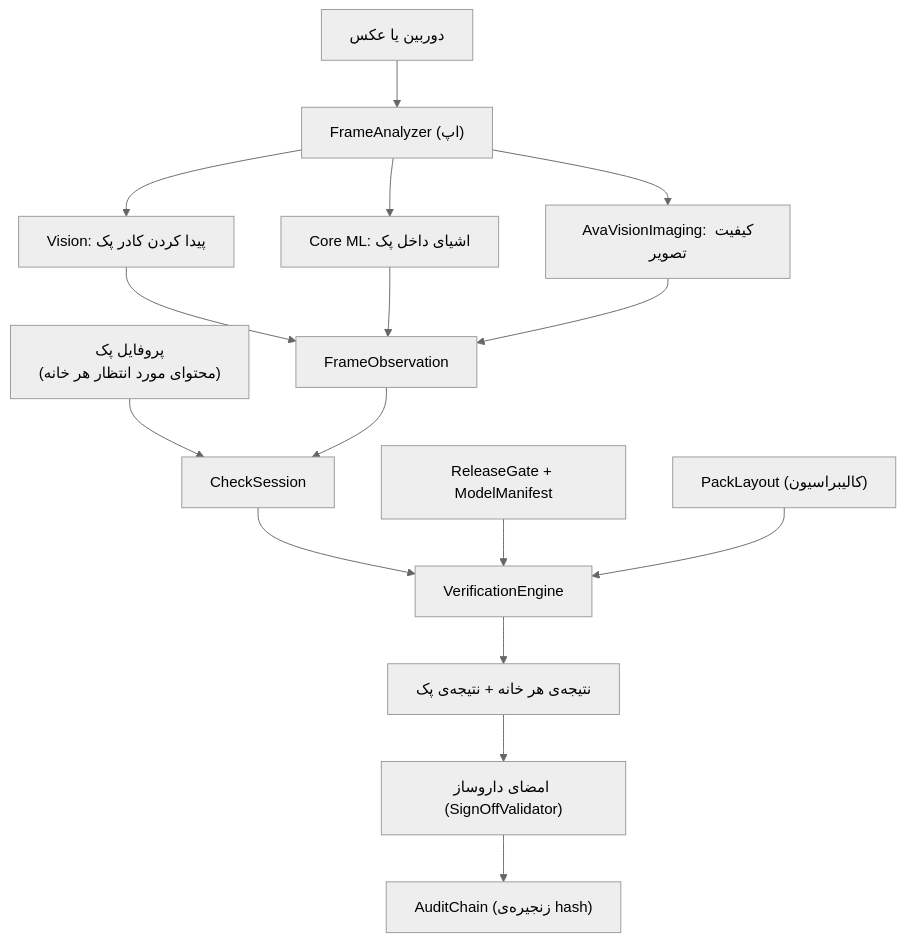
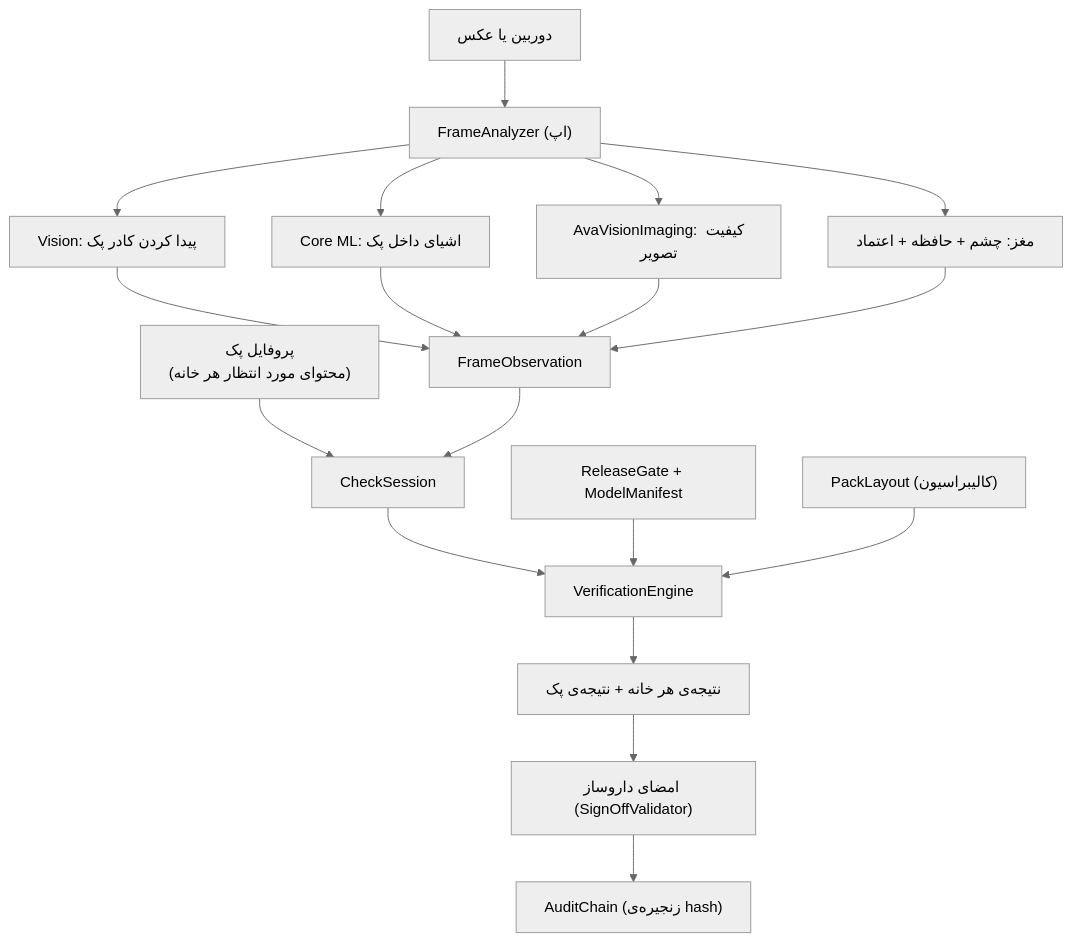
Before and after one commit to masoudkhataminia/Avavision-new: the diagram in docs/ARCHITECTURE_FA.md, drawn with Mermaid (neutral theme). The commit also changed other lines of this file and 13 other files, not shown here.

````diff
--- a/docs/ARCHITECTURE_FA.md
+++ b/docs/ARCHITECTURE_FA.md
@@ -5,18 +5,20 @@
 ```mermaid
 flowchart TD
     P["پروفایل پک<br/>(محتوای مورد انتظار هر خانه)"] --> S
     C["دوربین یا عکس"] --> F["FrameAnalyzer (اپ)"]
     F --> R["Vision: پیدا کردن کادر پک"]
     F --> M["Core ML: اشیای داخل پک"]
     F --> Q["AvaVisionImaging: کیفیت تصویر"]
     R --> O["FrameObservation"]
     M --> O
     Q --> O
+    F --> B["مغز: چشم + حافظه + اعتماد"]
+    B --> O
     O --> S["CheckSession"]
     S --> E["VerificationEngine"]
     G["ReleaseGate + ModelManifest"] --> E
     L["PackLayout (کالیبراسیون)"] --> E
     E --> V["نتیجه‌ی هر خانه + نتیجه‌ی پک"]
     V --> D["امضای داروساز (SignOffValidator)"]
     D --> A["AuditChain (زنجیره‌ی hash)"]
 ```
````
